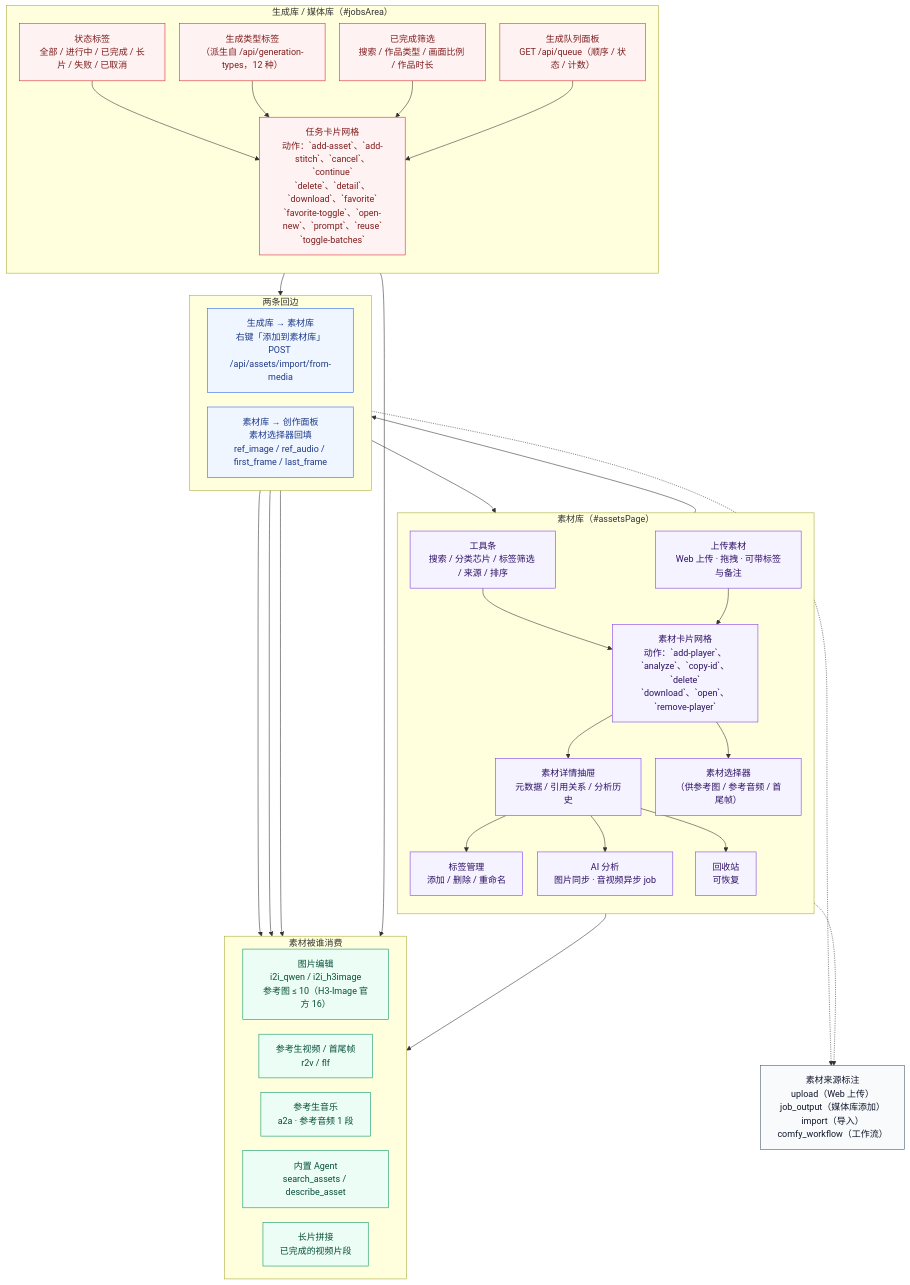
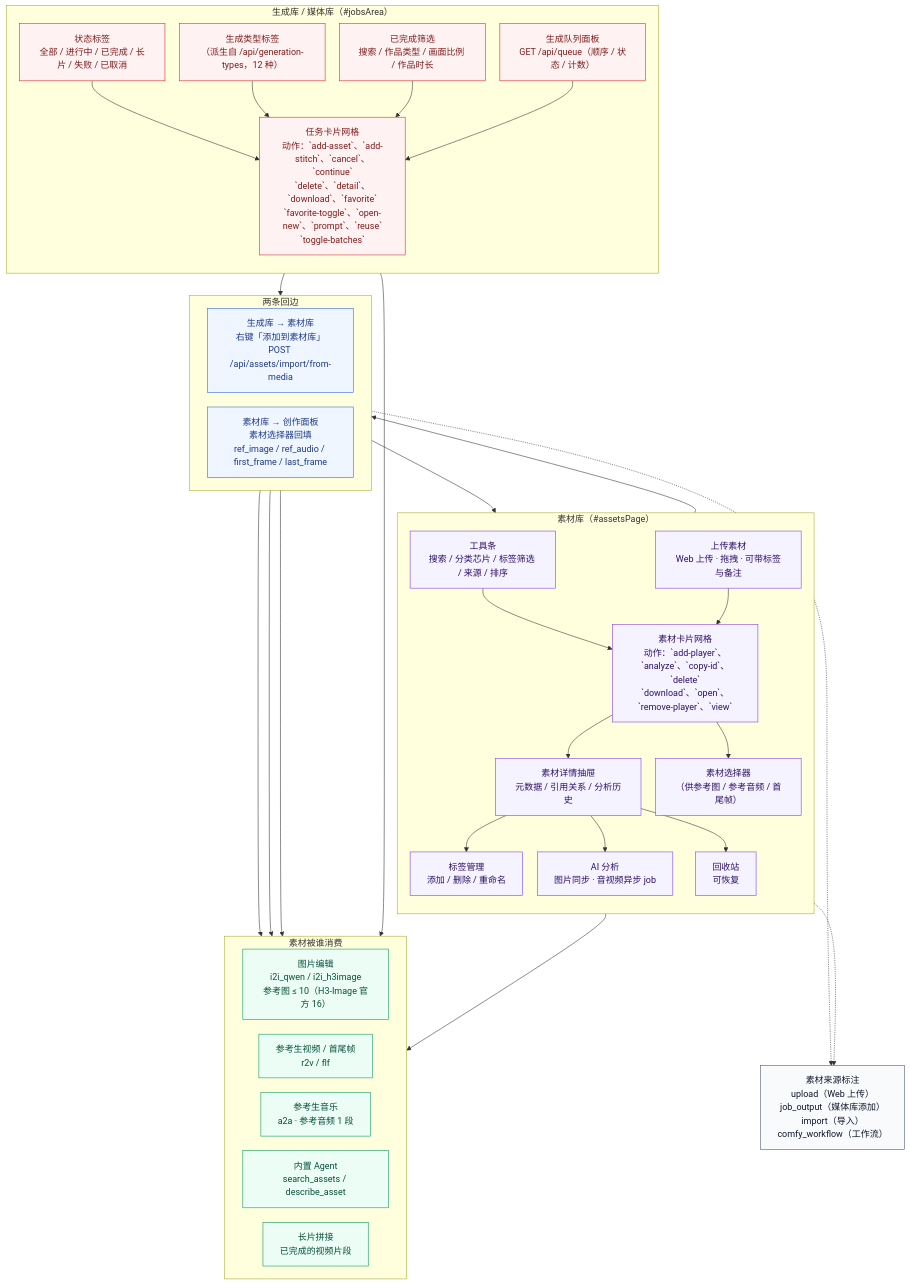
Before and after one commit to pixelaigc/ComfyUI-MiniMax-H3-Studio: the diagram in docs/交互流程图-素材库.mmd, drawn with Mermaid. The commit also changed 12 other files, not shown here.

First line of the commit message:
chore(flow): 重新生成流程图（并入并发任务的 assetviewer 改动后派生清单变了）

```diff
--- a/docs/交互流程图-素材库.mmd
+++ b/docs/交互流程图-素材库.mmd
@@ -1,78 +1,78 @@
 %%{init: {"flowchart": {"curve": "basis", "nodeSpacing": 26, "rankSpacing": 40, "htmlLabels": true}, "themeVariables": {"fontFamily": "Noto Sans CJK SC, Noto Sans SC, DejaVu Sans, sans-serif"}}}%%
 %% 交互流程图 · ② 素材库（assets）与生成库（jobs）的双向联动
 %% 本文件由 scripts/gen_flow.py 从 scripts/templates/flow-assets.mmd 生成，请勿手改。
 %% 要改流程形状请改 scripts/templates/flow-assets.mmd，然后跑 `make flow`。
 flowchart TD
 
   subgraph LIB["素材库（#assetsPage）"]
     direction TB
     A_TOOLBAR["工具条<br/>搜索 / 分类芯片 / 标签筛选 / 来源 / 排序"]
     A_UP["上传素材<br/>Web 上传 · 拖拽 · 可带标签与备注"]
-    A_GRID["素材卡片网格<br/>动作：`add-player`、`analyze`、`copy-id`、`delete`<br/>`download`、`open`、`remove-player`"]
+    A_GRID["素材卡片网格<br/>动作：`add-player`、`analyze`、`copy-id`、`delete`<br/>`download`、`open`、`remove-player`、`view`"]
     A_DRAWER["素材详情抽屉<br/>元数据 / 引用关系 / 分析历史"]
     A_TAG["标签管理<br/>添加 / 删除 / 重命名"]
     A_ANALYZE["AI 分析<br/>图片同步 · 音视频异步 job"]
     A_TRASH["回收站<br/>可恢复"]
     A_PICKER["素材选择器<br/>（供参考图 / 参考音频 / 首尾帧）"]
   end
 
   A_TOOLBAR --> A_GRID
   A_UP --> A_GRID
   A_GRID --> A_DRAWER
   A_DRAWER --> A_TAG
   A_DRAWER --> A_ANALYZE
   A_DRAWER --> A_TRASH
 
   subgraph JOBS["生成库 / 媒体库（#jobsArea）"]
     direction TB
     J_TABS["状态标签<br/>全部 / 进行中 / 已完成 / 长片 / 失败 / 已取消"]
     J_TYPES["生成类型标签<br/>（派生自 /api/generation-types，12 种）"]
     J_FILTER["已完成筛选<br/>搜索 / 作品类型 / 画面比例 / 作品时长"]
     J_GRID["任务卡片网格<br/>动作：`add-asset`、`add-stitch`、`cancel`、`continue`<br/>`delete`、`detail`、`download`、`favorite`<br/>`favorite-toggle`、`open-new`、`prompt`、`reuse`<br/>`toggle-batches`"]
     J_QUEUE["生成队列面板<br/>GET /api/queue（顺序 / 状态 / 计数）"]
   end
 
   J_TABS --> J_GRID
   J_TYPES --> J_GRID
   J_FILTER --> J_GRID
   J_QUEUE --> J_GRID
   subgraph FLOW["两条回边"]
     direction LR
     J2A["生成库 → 素材库<br/>右键「添加到素材库」<br/>POST /api/assets/import/from-media"]
     A2J["素材库 → 创作面板<br/>素材选择器回填<br/>ref_image / ref_audio / first_frame / last_frame"]
   end
 
   J_GRID --> J2A --> A_GRID
   A_GRID --> A_PICKER --> A2J
 
   subgraph CONSUMERS["素材被谁消费"]
     direction LR
     C_IMG["图片编辑<br/>i2i_qwen / i2i_h3image<br/>参考图 ≤ 10（H3-Image 官方 16）"]
     C_VID["参考生视频 / 首尾帧<br/>r2v / flf"]
     C_AUD["参考生音乐<br/>a2a · 参考音频 1 段"]
     C_AG["内置 Agent<br/>search_assets / describe_asset"]
     C_STITCH["长片拼接<br/>已完成的视频片段"]
   end
 
   A2J --> C_IMG
   A2J --> C_VID
   A2J --> C_AUD
   A_GRID --> C_AG
   J_GRID --> C_STITCH
 
   NOTE["素材来源标注<br/>upload（Web 上传）<br/>job_output（媒体库添加）<br/>import（导入）<br/>comfy_workflow（工作流）"]
 
   A_UP -.-> NOTE
   J2A -.-> NOTE
 
   classDef lib fill:#f5f3ff,stroke:#7c3aed,stroke-width:1px,color:#2e1065;
   classDef jobs fill:#fef2f2,stroke:#dc2626,stroke-width:1px,color:#7f1d1d;
   classDef flow fill:#eff6ff,stroke:#2563eb,stroke-width:1px,color:#1e3a8a;
   classDef use fill:#ecfdf5,stroke:#059669,stroke-width:1px,color:#064e3b;
   classDef note fill:#f8fafc,stroke:#475569,stroke-width:1px,color:#0f172a;
 
   class A_TOOLBAR,A_UP,A_GRID,A_DRAWER,A_TAG,A_ANALYZE,A_TRASH,A_PICKER lib;
   class J_TABS,J_TYPES,J_FILTER,J_GRID,J_QUEUE jobs;
   class J2A,A2J flow;
   class C_IMG,C_VID,C_AUD,C_AG,C_STITCH use;
   class NOTE note;
```
